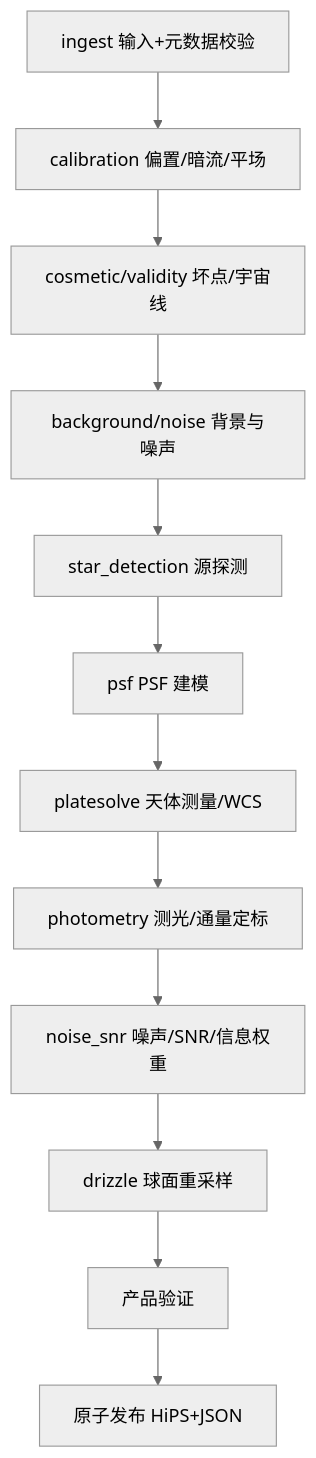
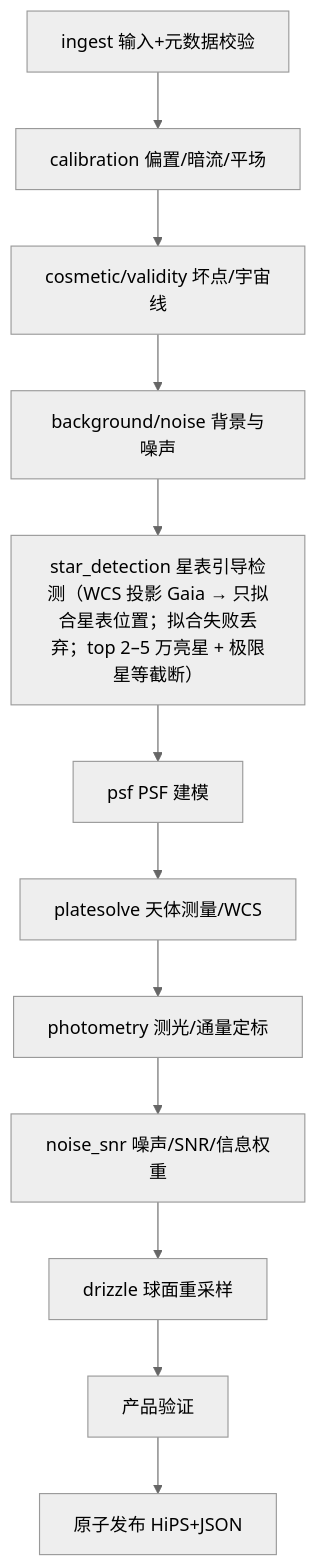
One commit to fujiaze/Astro-CS-Database changed the third of 12 diagrams in ASTROCS_DESIGN.md. Above: the diagram before and after it, drawn with Mermaid (neutral theme). The commit also changed other lines of this file and 3 other files, not shown here.

````diff
--- a/ASTROCS_DESIGN.md
+++ b/ASTROCS_DESIGN.md
@@ -98,14 +98,14 @@
 ```mermaid
 flowchart TD
     I["ingest 输入+元数据校验"] --> C["calibration 偏置/暗流/平场"]
     C --> CS["cosmetic/validity 坏点/宇宙线"]
     CS --> BN["background/noise 背景与噪声"]
-    BN --> D["star_detection 源探测"]
+    BN --> D["star_detection 星表引导检测（WCS 投影 Gaia → 只拟合星表位置；拟合失败丢弃；top 2–5 万亮星 + 极限星等截断）"]
     D --> P["psf PSF 建模"]
     P --> A["platesolve 天体测量/WCS"]
     A --> PH["photometry 测光/通量定标"]
     PH --> S["noise_snr 噪声/SNR/信息权重"]
     S --> R["drizzle 球面重采样"]
     R --> V["产品验证"]
     V --> O["原子发布 HiPS+JSON"]
 ```
````
